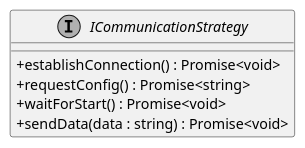
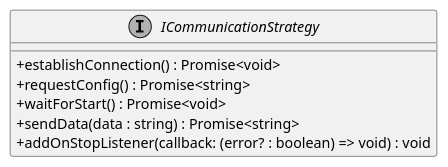
The diagram in documents/sd/plantuml/application/BrowserExtension/BackGround/ICommunicationStrategy.puml (insightmind/MORR), drawn with PlantUML before and after one commit. The commit also changed 21 other files, not shown here.

```diff
--- a/documents/sd/plantuml/application/BrowserExtension/BackGround/ICommunicationStrategy.puml
+++ b/documents/sd/plantuml/application/BrowserExtension/BackGround/ICommunicationStrategy.puml
@@ -1,12 +1,13 @@
 @startuml
 skinparam linetype ortho
 skinparam monochrome true
 skinparam classAttributeIconSize 0
 
 interface ICommunicationStrategy {
     + establishConnection() : Promise<void>
     + requestConfig() : Promise<string>
     + waitForStart() : Promise<void>
-    + sendData(data : string) : Promise<void>
+    + sendData(data : string) : Promise<string>
+    + addOnStopListener(callback: (error? : boolean) => void) : void
 }
 @enduml
```
